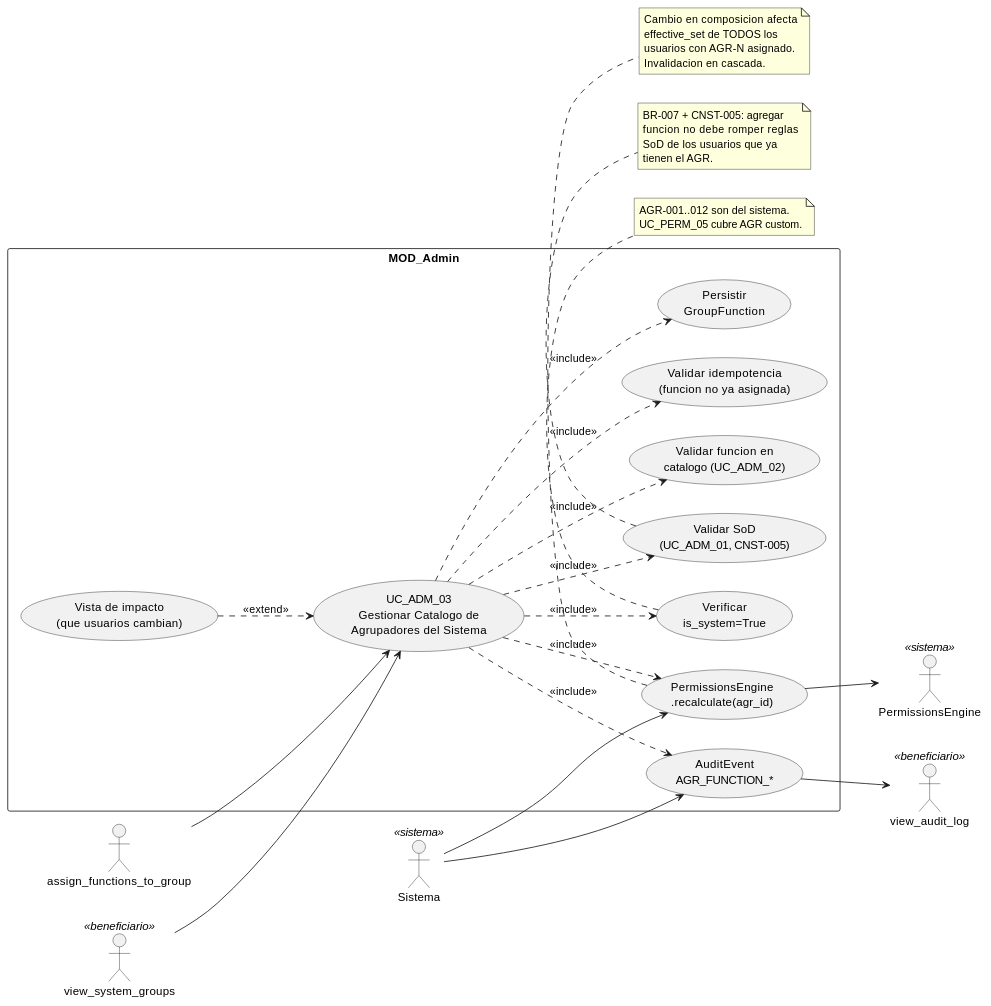
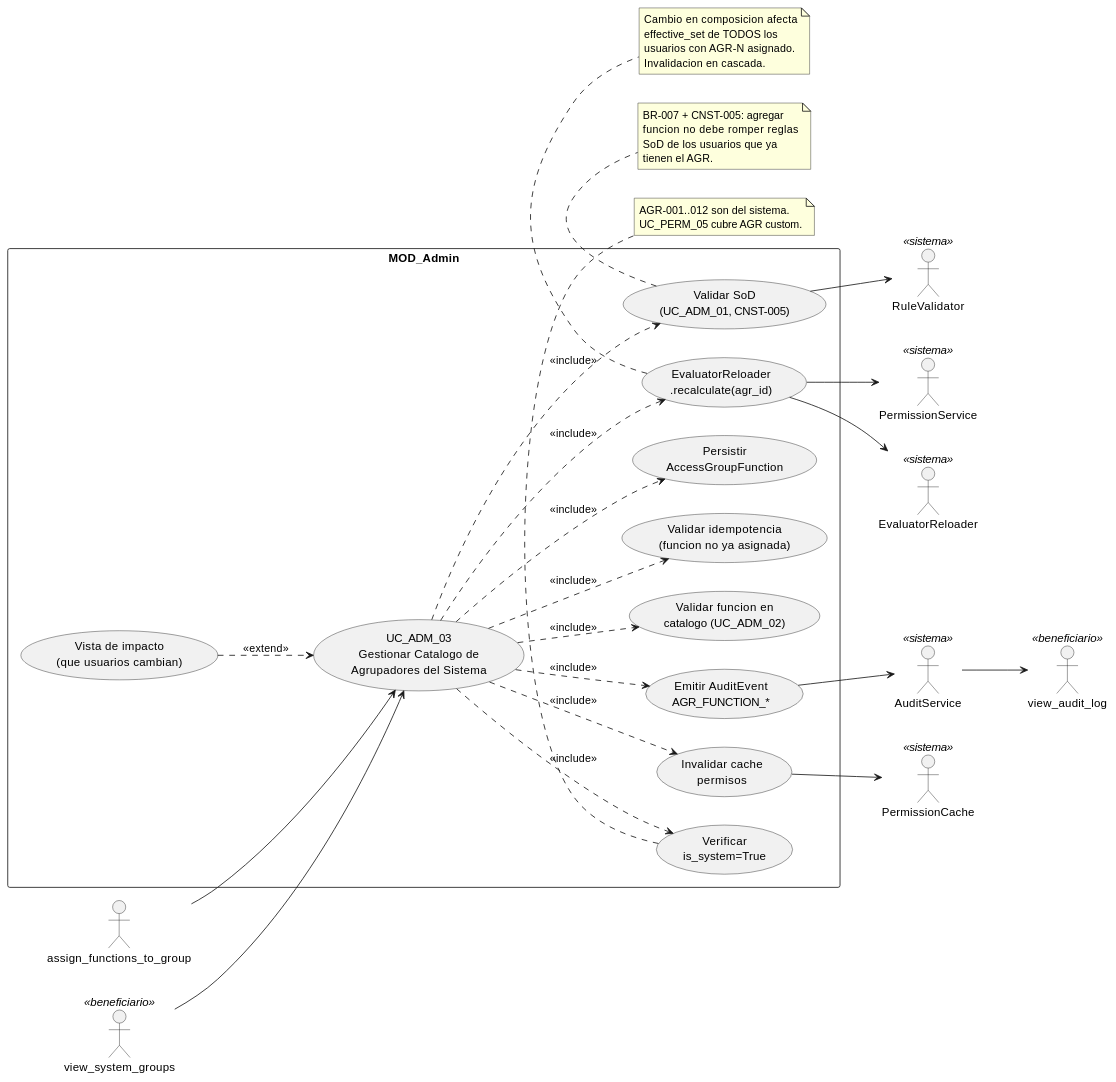
The diagram in source/requisitos/casos-uso/admin/uc-adm-03/diagramas-uml/diagrama-de-caso-de-uso.rst (jcg-admin/IACT-docs), drawn with PlantUML before and after one commit. The commit also changed other lines of this file and 52 other files, not shown here.

```diff
--- a/source/requisitos/casos-uso/admin/uc-adm-03/diagramas-uml/diagrama-de-caso-de-uso.rst
+++ b/source/requisitos/casos-uso/admin/uc-adm-03/diagramas-uml/diagrama-de-caso-de-uso.rst
@@ -4,62 +4,69 @@
 .. uml::
  :caption: UC_ADM_03 — actores y casos asociados
 
  @startuml
 
  left to right direction
 
  actor "assign_functions_to_group" as F_ASSIGN
  actor "view_system_groups" as F_VIEW <<beneficiario>>
  actor "view_audit_log" as view_audit_log <<beneficiario>>
- actor "PermissionsEngine" as PE <<sistema>>
- actor "Sistema" as Sistema <<sistema>>
+ actor "RuleValidator" as RV <<sistema>>
+ actor "PermissionService" as PS <<sistema>>
+ actor "PermissionCache" as PC <<sistema>>
+ actor "EvaluatorReloader" as EE <<sistema>>
+ actor "AuditService" as AS <<sistema>>
 
  rectangle "MOD_Admin" {
    usecase "UC_ADM_03\nGestionar Catalogo de\nAgrupadores del Sistema" as UC_ADM_03
    usecase "Verificar\nis_system=True" as VERIFY_SYS
    usecase "Validar funcion en\ncatalogo (UC_ADM_02)" as VALIDAR_FUNCION
    usecase "Validar SoD\n(UC_ADM_01, CNST-005)" as VALIDAR_SOD
    usecase "Validar idempotencia\n(funcion no ya asignada)" as IDEMP
-   usecase "Persistir\nGroupFunction" as PERSISTIR
-   usecase "AuditEvent\nAGR_FUNCTION_*" as AUDIT
-   usecase "PermissionsEngine\n.recalculate(agr_id)" as RECALC
+   usecase "Persistir\nAccessGroupFunction" as PERSISTIR
+   usecase "Emitir AuditEvent\nAGR_FUNCTION_*" as AUDIT
+   usecase "Invalidar cache\npermisos" as INVALIDAR
+   usecase "EvaluatorReloader\n.recalculate(agr_id)" as RECALC
    usecase "Vista de impacto\n(que usuarios cambian)" as IMPACT
  }
 
  F_ASSIGN --> UC_ADM_03
  F_VIEW --> UC_ADM_03
 
  UC_ADM_03 ..> VERIFY_SYS : <<include>>
  UC_ADM_03 ..> VALIDAR_FUNCION : <<include>>
  UC_ADM_03 ..> VALIDAR_SOD : <<include>>
  UC_ADM_03 ..> IDEMP : <<include>>
  UC_ADM_03 ..> PERSISTIR : <<include>>
  UC_ADM_03 ..> AUDIT : <<include>>
+ UC_ADM_03 ..> INVALIDAR : <<include>>
  UC_ADM_03 ..> RECALC : <<include>>
  IMPACT ..> UC_ADM_03 : <<extend>>
 
- Sistema --> AUDIT
- Sistema --> RECALC
- AUDIT --> view_audit_log
- RECALC --> PE
+ VALIDAR_SOD --> RV
+ INVALIDAR --> PC
+ RECALC --> EE
+ RECALC --> PS
+ AUDIT --> AS
+ AS --> view_audit_log
 
  note bottom of VERIFY_SYS
    AGR-001..012 son del sistema.
    UC_PERM_05 cubre AGR custom.
  end note
 
  note bottom of VALIDAR_SOD
    BR-007 + CNST-005: agregar
    funcion no debe romper reglas
    SoD de los usuarios que ya
    tienen el AGR.
  end note
 
  note bottom of RECALC
    Cambio en composicion afecta
    effective_set de TODOS los
    usuarios con AGR-N asignado.
    Invalidacion en cascada.
  end note
 
  @enduml
```
